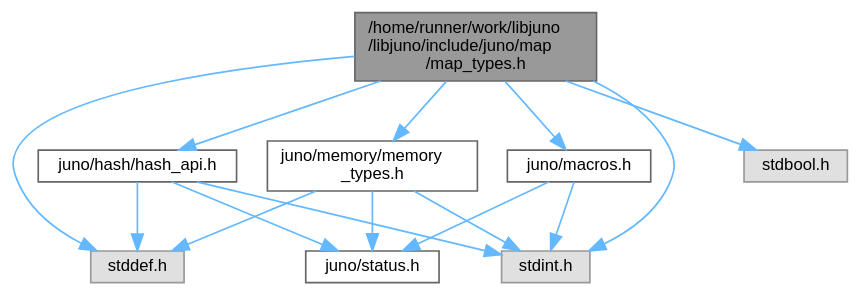
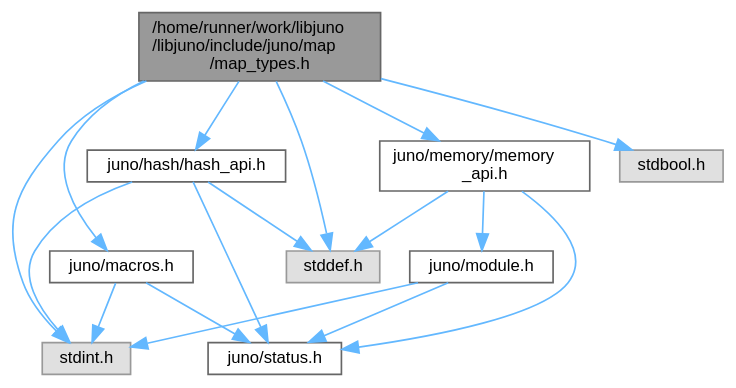
The diagram in map__types_8h__incl.dot (robinonsay/libjuno), drawn with Graphviz before and after one commit. The commit also changed 208 other files, not shown here.

```diff
--- a/map__types_8h__incl.dot
+++ b/map__types_8h__incl.dot
@@ -1,29 +1,32 @@
 digraph "/home/runner/work/libjuno/libjuno/include/juno/map/map_types.h"
 {
  // LATEX_PDF_SIZE
   bgcolor="transparent";
   edge [fontname=Helvetica,fontsize=10,labelfontname=Helvetica,labelfontsize=10];
   node [fontname=Helvetica,fontsize=10,shape=box,height=0.2,width=0.4];
   Node1 [id="Node000001",label="/home/runner/work/libjuno\l/libjuno/include/juno/map\l/map_types.h",height=0.2,width=0.4,color="gray40", fillcolor="grey60", style="filled", fontcolor="black",tooltip=" "];
   Node1 -> Node2 [id="edge1_Node000001_Node000002",color="steelblue1",style="solid",tooltip=" "];
   Node2 [id="Node000002",label="juno/hash/hash_api.h",height=0.2,width=0.4,color="grey40", fillcolor="white", style="filled",URL="$hash__api_8h.html",tooltip=" "];
   Node2 -> Node3 [id="edge2_Node000002_Node000003",color="steelblue1",style="solid",tooltip=" "];
   Node3 [id="Node000003",label="stddef.h",height=0.2,width=0.4,color="grey60", fillcolor="#E0E0E0", style="filled",tooltip=" "];
   Node2 -> Node4 [id="edge3_Node000002_Node000004",color="steelblue1",style="solid",tooltip=" "];
   Node4 [id="Node000004",label="stdint.h",height=0.2,width=0.4,color="grey60", fillcolor="#E0E0E0", style="filled",tooltip=" "];
   Node2 -> Node5 [id="edge4_Node000002_Node000005",color="steelblue1",style="solid",tooltip=" "];
   Node5 [id="Node000005",label="juno/status.h",height=0.2,width=0.4,color="grey40", fillcolor="white", style="filled",URL="$status_8h.html",tooltip=" "];
   Node1 -> Node6 [id="edge5_Node000001_Node000006",color="steelblue1",style="solid",tooltip=" "];
   Node6 [id="Node000006",label="juno/macros.h",height=0.2,width=0.4,color="grey40", fillcolor="white", style="filled",URL="$macros_8h.html",tooltip=" "];
   Node6 -> Node5 [id="edge6_Node000006_Node000005",color="steelblue1",style="solid",tooltip=" "];
   Node6 -> Node4 [id="edge7_Node000006_Node000004",color="steelblue1",style="solid",tooltip=" "];
   Node1 -> Node7 [id="edge8_Node000001_Node000007",color="steelblue1",style="solid",tooltip=" "];
-  Node7 [id="Node000007",label="juno/memory/memory\l_types.h",height=0.2,width=0.4,color="grey40", fillcolor="white", style="filled",URL="$memory__types_8h.html",tooltip=" "];
-  Node7 -> Node3 [id="edge9_Node000007_Node000003",color="steelblue1",style="solid",tooltip=" "];
-  Node7 -> Node4 [id="edge10_Node000007_Node000004",color="steelblue1",style="solid",tooltip=" "];
-  Node7 -> Node5 [id="edge11_Node000007_Node000005",color="steelblue1",style="solid",tooltip=" "];
-  Node1 -> Node3 [id="edge12_Node000001_Node000003",color="steelblue1",style="solid",tooltip=" "];
-  Node1 -> Node4 [id="edge13_Node000001_Node000004",color="steelblue1",style="solid",tooltip=" "];
-  Node1 -> Node8 [id="edge14_Node000001_Node000008",color="steelblue1",style="solid",tooltip=" "];
-  Node8 [id="Node000008",label="stdbool.h",height=0.2,width=0.4,color="grey60", fillcolor="#E0E0E0", style="filled",tooltip=" "];
+  Node7 [id="Node000007",label="juno/memory/memory\l_api.h",height=0.2,width=0.4,color="grey40", fillcolor="white", style="filled",URL="$memory__api_8h.html",tooltip=" "];
+  Node7 -> Node5 [id="edge9_Node000007_Node000005",color="steelblue1",style="solid",tooltip=" "];
+  Node7 -> Node8 [id="edge10_Node000007_Node000008",color="steelblue1",style="solid",tooltip=" "];
+  Node8 [id="Node000008",label="juno/module.h",height=0.2,width=0.4,color="grey40", fillcolor="white", style="filled",URL="$module_8h.html",tooltip=" "];
+  Node8 -> Node5 [id="edge11_Node000008_Node000005",color="steelblue1",style="solid",tooltip=" "];
+  Node8 -> Node4 [id="edge12_Node000008_Node000004",color="steelblue1",style="solid",tooltip=" "];
+  Node7 -> Node3 [id="edge13_Node000007_Node000003",color="steelblue1",style="solid",tooltip=" "];
+  Node1 -> Node3 [id="edge14_Node000001_Node000003",color="steelblue1",style="solid",tooltip=" "];
+  Node1 -> Node4 [id="edge15_Node000001_Node000004",color="steelblue1",style="solid",tooltip=" "];
+  Node1 -> Node9 [id="edge16_Node000001_Node000009",color="steelblue1",style="solid",tooltip=" "];
+  Node9 [id="Node000009",label="stdbool.h",height=0.2,width=0.4,color="grey60", fillcolor="#E0E0E0", style="filled",tooltip=" "];
 }
```
